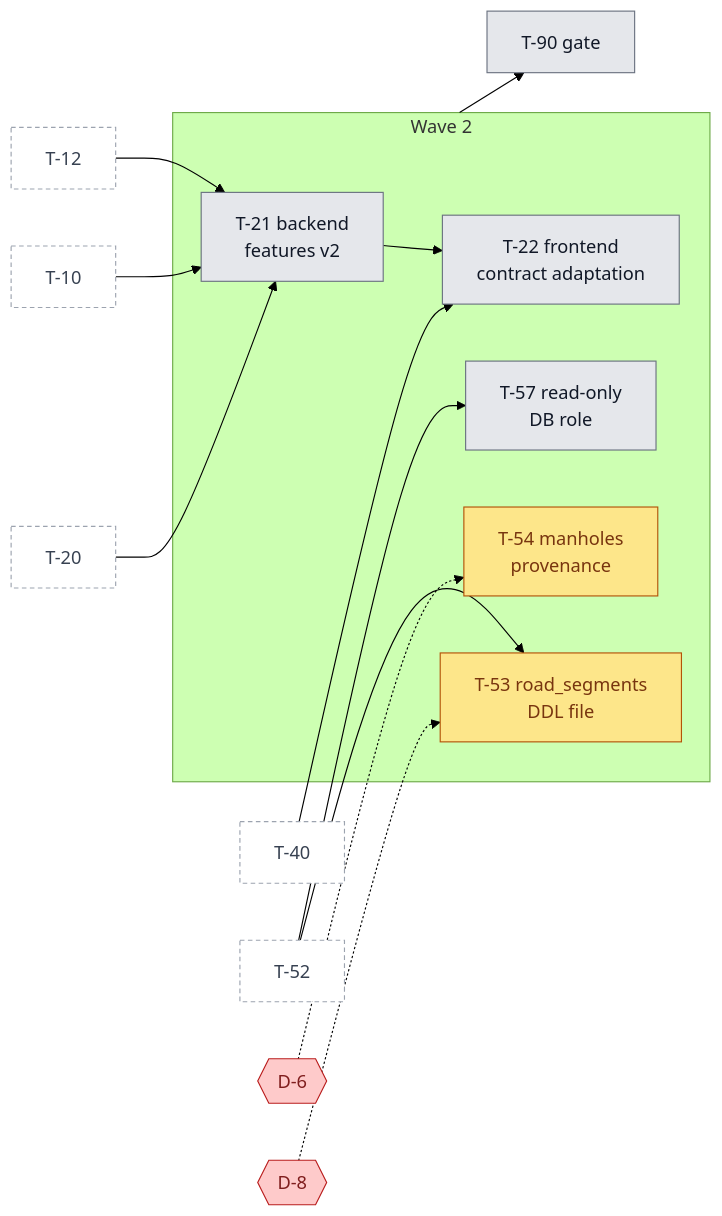
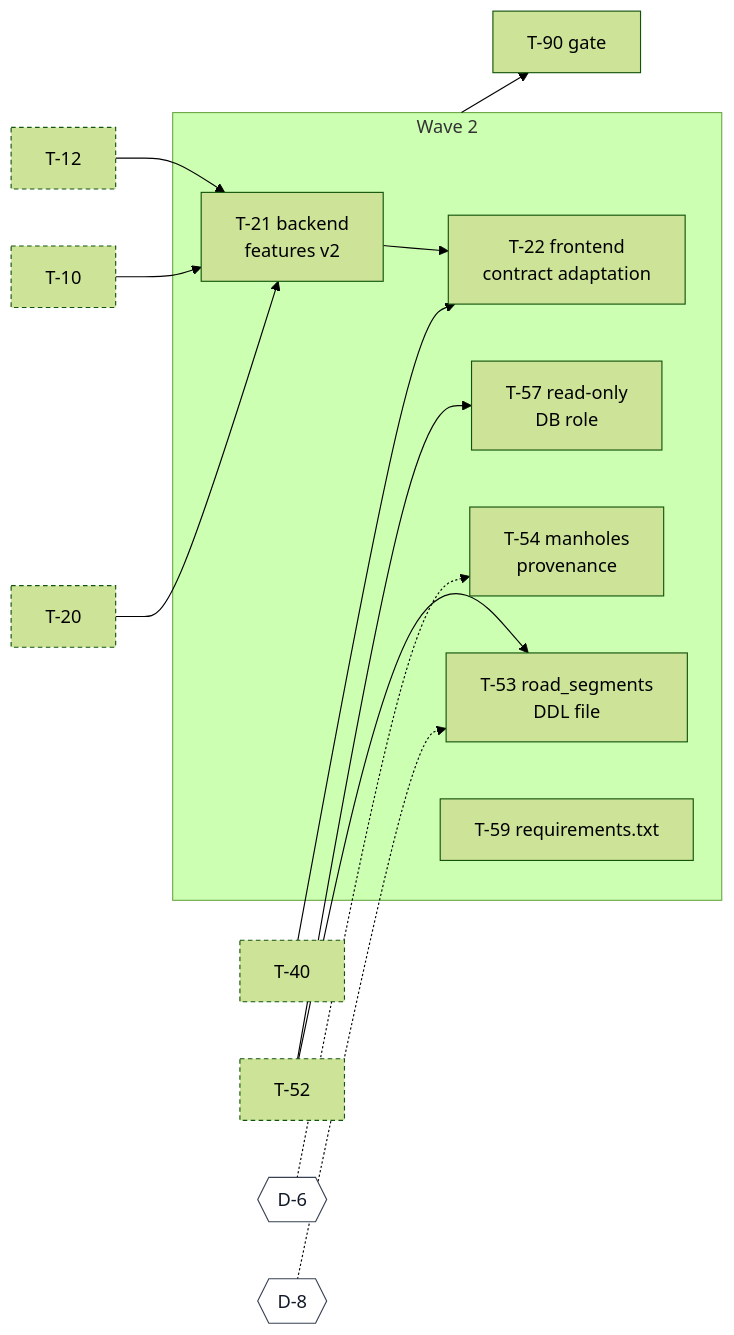
One commit to adrianfarhat/orlando-infrastructure-etl changed the third of 7 diagrams in docs/agents/development-status.md. Above: the diagram before and after it, drawn with Mermaid (forest theme). The commit also changed other lines of this file and 7 other files, not shown here.

First line of the commit message:
Move task status to GitHub Project, add docs conventions, and correct ETL diagram accuracy (#2)

````diff
--- a/docs/agents/development-status.md
+++ b/docs/agents/development-status.md
@@ -121,37 +93,35 @@
 ```mermaid
 flowchart LR
+  %% diagram-type: dependency
   T20p["T-20"]
   T10p["T-10"]
   T12p["T-12"]
   T40p["T-40"]
   T52p["T-52"]
   D6{{"D-6"}}
   D8{{"D-8"}}
   subgraph W2["Wave 2"]
     T21["T-21 backend<br/>features v2"]
     T22["T-22 frontend<br/>contract adaptation"]
     T53["T-53 road_segments<br/>DDL file"]
     T54["T-54 manholes<br/>provenance"]
     T57["T-57 read-only<br/>DB role"]
+    T59["T-59 requirements.txt"]
   end
   G2["T-90 gate"]
   T20p --> T21
   T10p --> T21
   T12p --> T21
   T21 --> T22
   T40p --> T22
   T52p --> T53
   D8 -.-> T53
   D6 -.-> T54
   T52p --> T57
   W2 --> G2
 
-  classDef todo fill:#e5e7eb,stroke:#6b7280,color:#111827
-  classDef waiting fill:#fde68a,stroke:#b45309,color:#78350f
-  classDef decision fill:#fecaca,stroke:#b91c1c,color:#7f1d1d
-  classDef prior fill:#ffffff,stroke:#9ca3af,stroke-dasharray:4 3,color:#374151
-  class T21,T22,T57,G2 todo
-  class T53,T54 waiting
+  classDef decision fill:#ffffff,stroke:#374151,color:#111827
+  classDef otherwave stroke-dasharray:4 3
   class D6,D8 decision
-  class T20p,T10p,T12p,T40p,T52p prior
+  class T20p,T10p,T12p,T40p,T52p otherwave
 ```
````
